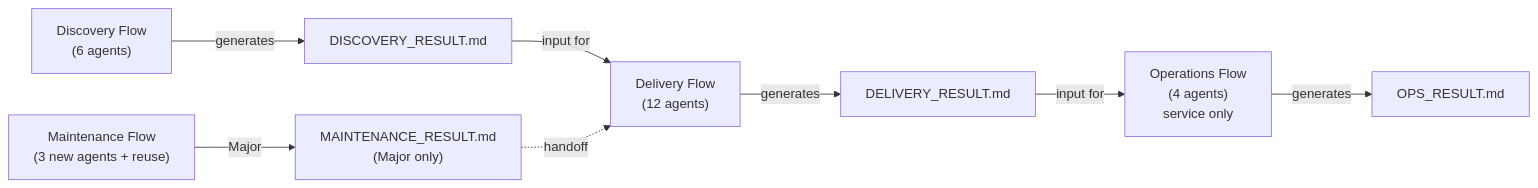
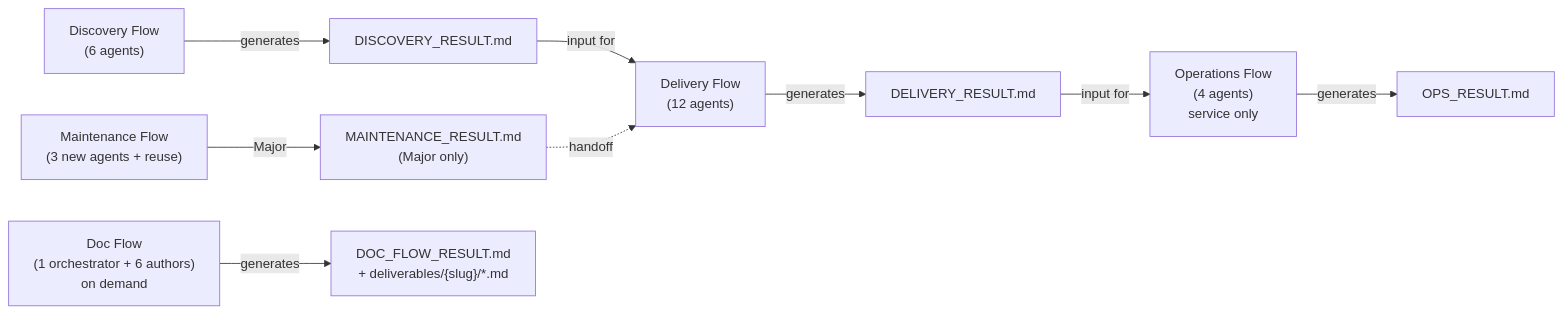
The first of 2 diagrams in docs/wiki/en/Architecture-Domain-Model.md (kirin0198/warterfall-agents), drawn with Mermaid before and after one commit. The commit also changed other lines of this file and 12 other files, not shown here.

First line of the commit message:
docs: complete doc-flow wiki narrative and close #54 (PR 3 of 3) (#54) (#98)

````diff
--- a/docs/wiki/en/Architecture-Domain-Model.md
+++ b/docs/wiki/en/Architecture-Domain-Model.md
@@ -24,16 +27,19 @@
 ```mermaid
 flowchart LR
     DR["DISCOVERY_RESULT.md"]
     DLR["DELIVERY_RESULT.md"]
     OPR["OPS_RESULT.md"]
     MR["MAINTENANCE_RESULT.md\n(Major only)"]
+    DCR["DOC_FLOW_RESULT.md\n+ deliverables/{slug}/*.md"]
 
     Discovery["Discovery Flow\n(6 agents)"] -->|generates| DR
     DR -->|input for| Delivery["Delivery Flow\n(12 agents)"]
     Delivery -->|generates| DLR
     DLR -->|input for| Ops["Operations Flow\n(4 agents)\nservice only"]
     Ops -->|generates| OPR
 
     Maintenance["Maintenance Flow\n(3 new agents + reuse)"] -->|Major| MR
     MR -.->|handoff| Delivery
+
+    Doc["Doc Flow\n(1 orchestrator + 6 authors)\non demand"] -->|generates| DCR
 ```
````
